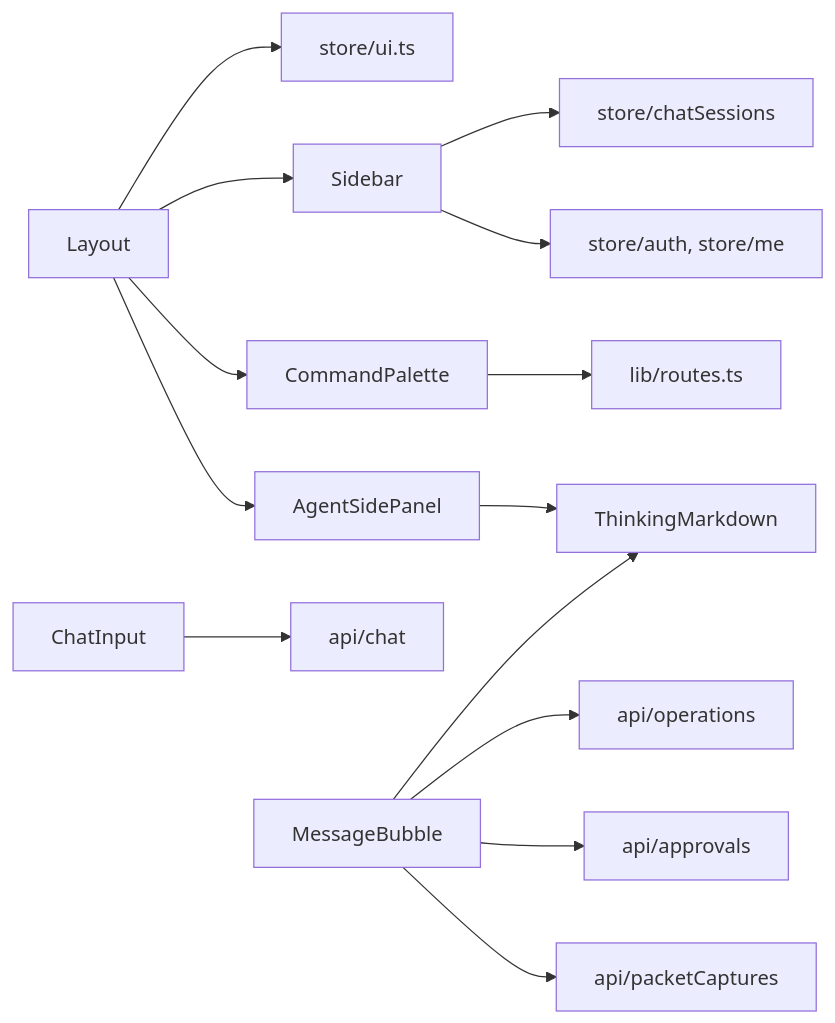
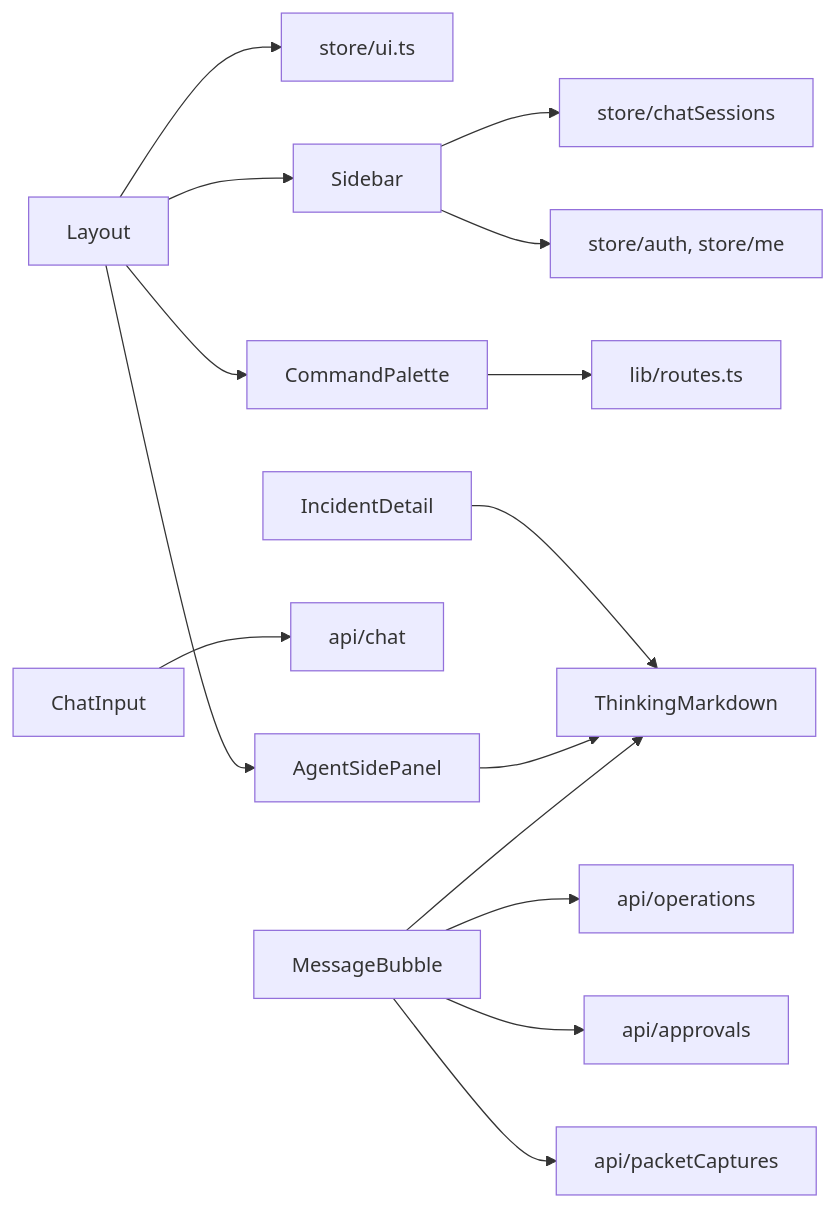
The ninth of 9 diagrams in .qoder/repowiki/zh/content/前端应用/UI 组件库/高级组件.md (xied1133-oss/ongrid), drawn with Mermaid before and after one commit. The commit also changed other lines of this file and 554 other files, not shown here.

````diff
--- a/.qoder/repowiki/zh/content/前端应用/UI 组件库/高级组件.md
+++ b/.qoder/repowiki/zh/content/前端应用/UI 组件库/高级组件.md
@@ -447,16 +478,17 @@
 ```mermaid
 graph LR
 Layout --> ui_store["store/ui.ts"]
 Layout --> Sidebar
 Layout --> CommandPalette
 Layout --> AgentSidePanel
 Sidebar --> chat_sessions["store/chatSessions"]
 Sidebar --> auth_me["store/auth, store/me"]
 CommandPalette --> routes_lib["lib/routes.ts"]
 ChatInput --> chat_api["api/chat"]
 MessageBubble --> thinking_md["ThinkingMarkdown"]
 MessageBubble --> operations_api["api/operations"]
 MessageBubble --> approvals_api["api/approvals"]
 MessageBubble --> packet_api["api/packetCaptures"]
 AgentSidePanel --> thinking_md
+IncidentDetail --> thinking_md
 ```
````
